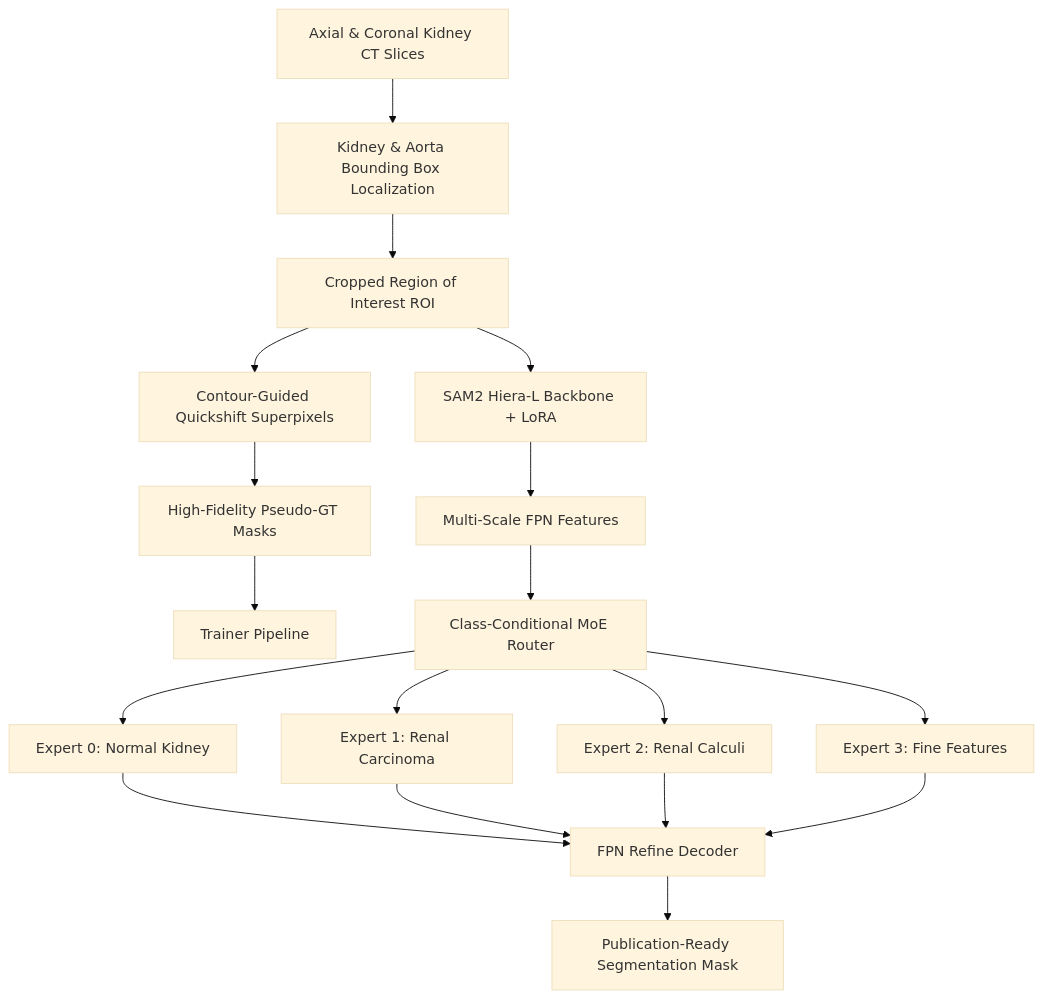
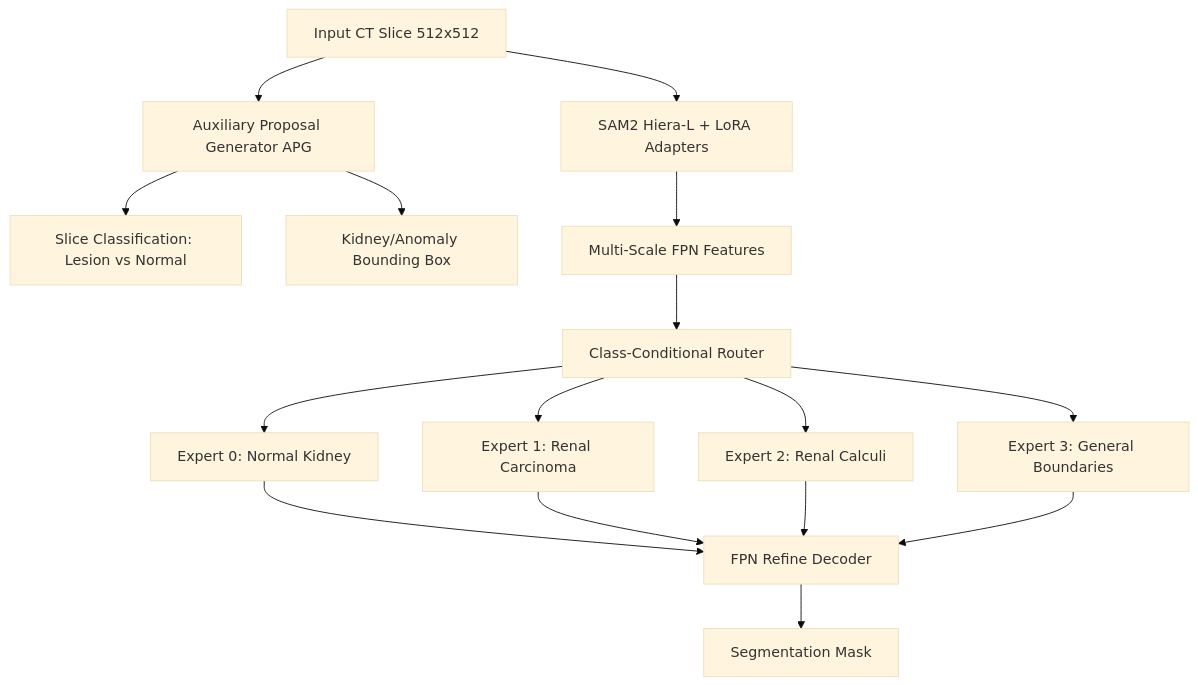
Before and after one commit to AshrafulKabir7/MoE-RenalSAM: the diagram in README.md, drawn with Mermaid (base theme). The commit also changed other lines of this file and 1 other file, not shown here.

````diff
--- a/README.md
+++ b/README.md
@@ -36,20 +20,19 @@
 ```mermaid
 graph TD
-    Input[Axial & Coronal Kidney CT Slices] --> YOLO[Kidney & Aorta Bounding Box Localization]
-    YOLO --> Crop[Cropped Region of Interest ROI]
-    Crop --> CGQS[Contour-Guided Quickshift Superpixels]
-    CGQS --> Pseudo[High-Fidelity Pseudo-GT Masks]
+    Input[Input CT Slice 512x512] --> APG[Auxiliary Proposal Generator APG]
+    Input --> SAM2Enc[SAM2 Hiera-L + LoRA Adapters]
     
-    Pseudo --> Trainer[Trainer Pipeline]
-    Crop --> SAM2Enc[SAM2 Hiera-L Backbone + LoRA]
+    APG --> Cls[Slice Classification: Lesion vs Normal]
+    APG --> BBox[Kidney/Anomaly Bounding Box]
+    
     SAM2Enc --> FPN[Multi-Scale FPN Features]
-    FPN --> Router[Class-Conditional MoE Router]
+    FPN --> Router[Class-Conditional Router]
     
     Router --> Expert0[Expert 0: Normal Kidney]
     Router --> Expert1[Expert 1: Renal Carcinoma]
     Router --> Expert2[Expert 2: Renal Calculi]
-    Router --> Expert3[Expert 3: Fine Features]
+    Router --> Expert3[Expert 3: General Boundaries]
     
-    Expert0 & Expert1 & Expert2 & Expert3 --> Decode[FPN Refine Decoder]
-    Decode --> Output[Publication-Ready Segmentation Mask]
+    Expert0 & Expert1 & Expert2 & Expert3 --> Decoder[FPN Refine Decoder]
+    Decoder --> SegMask[Segmentation Mask]
 ```
````
